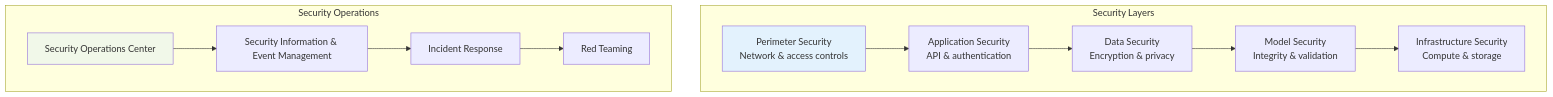
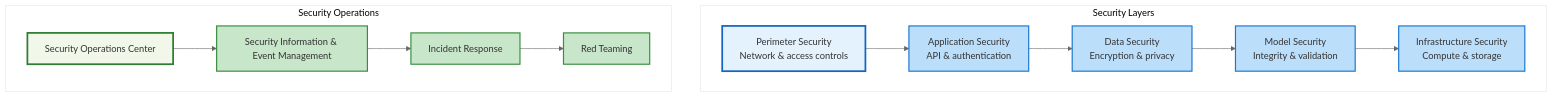
The tenth of 28 diagrams in llm_ai/ai_concepts_visualizations.md (kishorekkota/kishorekkota.github.io), drawn with Mermaid before and after one commit. The commit also changed other lines of this file and 5 other files, not shown here.

First line of the commit message:
Enhance Mermaid diagrams and fix syntax errors

````diff
--- a/llm_ai/ai_concepts_visualizations.md
+++ b/llm_ai/ai_concepts_visualizations.md
@@ -356,29 +472,39 @@
 ```mermaid
+%%{init: {'theme':'base', 'themeVariables': { 'primaryColor': '#ffffff', 'primaryTextColor': '#333333', 'primaryBorderColor': '#cccccc', 'lineColor': '#666666'}}}%%
 graph TB
     subgraph "Security Layers"
         PERI[Perimeter Security<br/>Network & access controls]
         APP[Application Security<br/>API & authentication]
         DATA[Data Security<br/>Encryption & privacy]
         MODEL[Model Security<br/>Integrity & validation]
         INFRA[Infrastructure Security<br/>Compute & storage]
     end
     
     subgraph "Security Operations"
         SOC[Security Operations Center]
         SIEM[Security Information & Event Management]
         IR[Incident Response]
         RT[Red Teaming]
     end
     
     PERI --> APP
     APP --> DATA
     DATA --> MODEL
     MODEL --> INFRA
     
     SOC --> SIEM
     SIEM --> IR
     IR --> RT
     
-    style PERI fill:#e3f2fd
-    style SOC fill:#f1f8e9
+    style PERI fill:#e3f2fd,stroke:#1565c0,stroke-width:3px
+    style SOC fill:#f1f8e9,stroke:#2e7d32,stroke-width:3px
+    style APP fill:#bbdefb,stroke:#1976d2,stroke-width:2px
+    style DATA fill:#bbdefb,stroke:#1976d2,stroke-width:2px
+    style MODEL fill:#bbdefb,stroke:#1976d2,stroke-width:2px
+    style INFRA fill:#bbdefb,stroke:#1976d2,stroke-width:2px
+    style SIEM fill:#c8e6c9,stroke:#388e3c,stroke-width:2px
+    style IR fill:#c8e6c9,stroke:#388e3c,stroke-width:2px
+    style RT fill:#c8e6c9,stroke:#388e3c,stroke-width:2px
+
+
 ```
````
